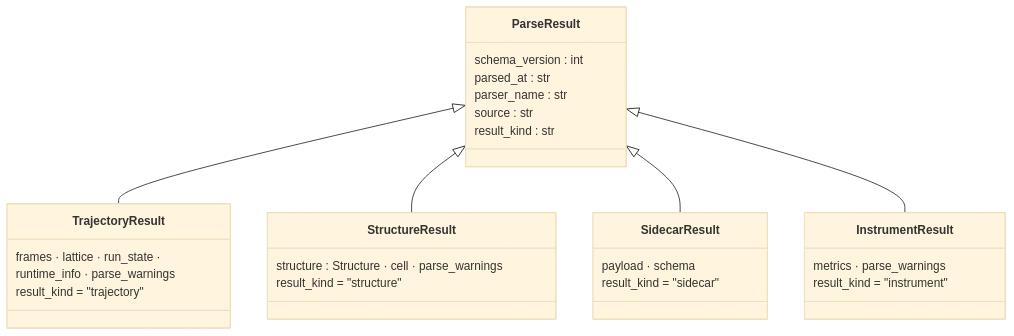
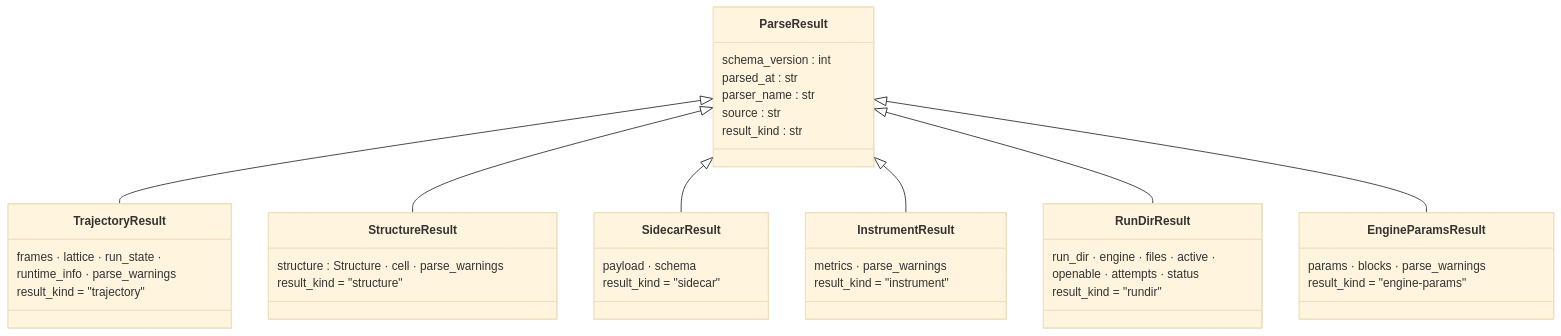
Before and after one commit to Qing-LAB/molbuilder: the first of 3 diagrams in docs/model/parse.md, drawn with Mermaid (base theme). The commit also changed other lines of this file and 48 other files, not shown here.

````diff
--- a/docs/model/parse.md
+++ b/docs/model/parse.md
@@ -84,31 +84,42 @@
 ```mermaid
 classDiagram
     class ParseResult {
         schema_version : int
         parsed_at : str
         parser_name : str
         source : str
         result_kind : str
     }
     class TrajectoryResult {
         frames · lattice · run_state ·
         runtime_info · parse_warnings
         result_kind = "trajectory"
     }
     class StructureResult {
         structure : Structure · cell · parse_warnings
         result_kind = "structure"
     }
     class SidecarResult {
         payload · schema
         result_kind = "sidecar"
     }
     class InstrumentResult {
         metrics · parse_warnings
         result_kind = "instrument"
     }
+    class RunDirResult {
+        run_dir · engine · files · active ·
+        openable · attempts · status
+        result_kind = "rundir"
+    }
+    class EngineParamsResult {
+        params · blocks · parse_warnings
+        result_kind = "engine-params"
+    }
     ParseResult <|-- TrajectoryResult
     ParseResult <|-- StructureResult
     ParseResult <|-- SidecarResult
     ParseResult <|-- InstrumentResult
+    ParseResult <|-- RunDirResult
+    ParseResult <|-- EngineParamsResult
 ```
````
